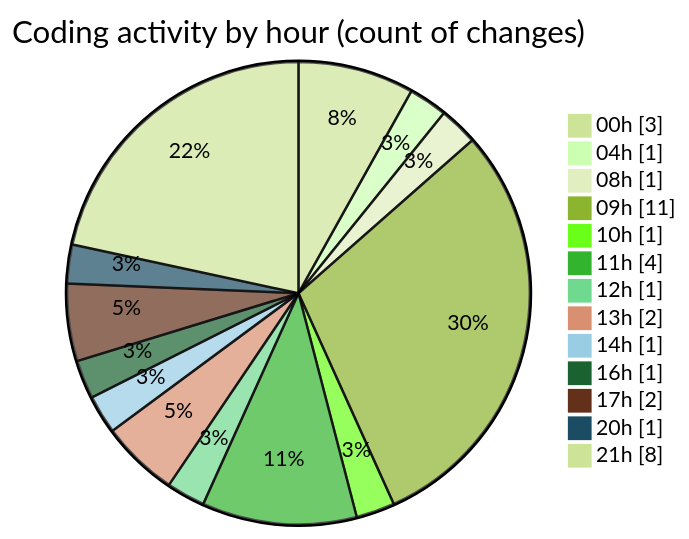
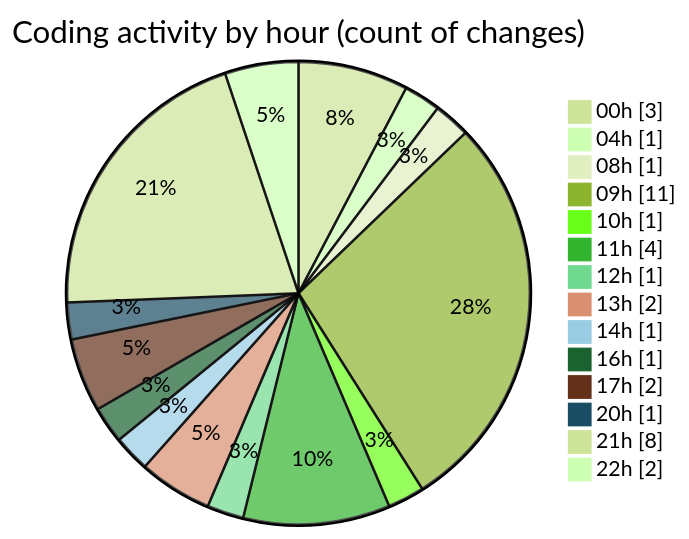
The second of 2 diagrams in 2026-02-03/singularitybrainai/README.md (tmsrecording-cyber/code-tracking), drawn with Mermaid (forest theme) before and after one commit. The commit also changed other lines of this file and 1 other file, not shown here.

````diff
--- a/2026-02-03/singularitybrainai/README.md
+++ b/2026-02-03/singularitybrainai/README.md
@@ -34,17 +34,18 @@
 ```mermaid
 pie showData
 title Coding activity by hour (count of changes)
 "00h" : 3
 "04h" : 1
 "08h" : 1
 "09h" : 11
 "10h" : 1
 "11h" : 4
 "12h" : 1
 "13h" : 2
 "14h" : 1
 "16h" : 1
 "17h" : 2
 "20h" : 1
 "21h" : 8
+"22h" : 2
 ```
````
